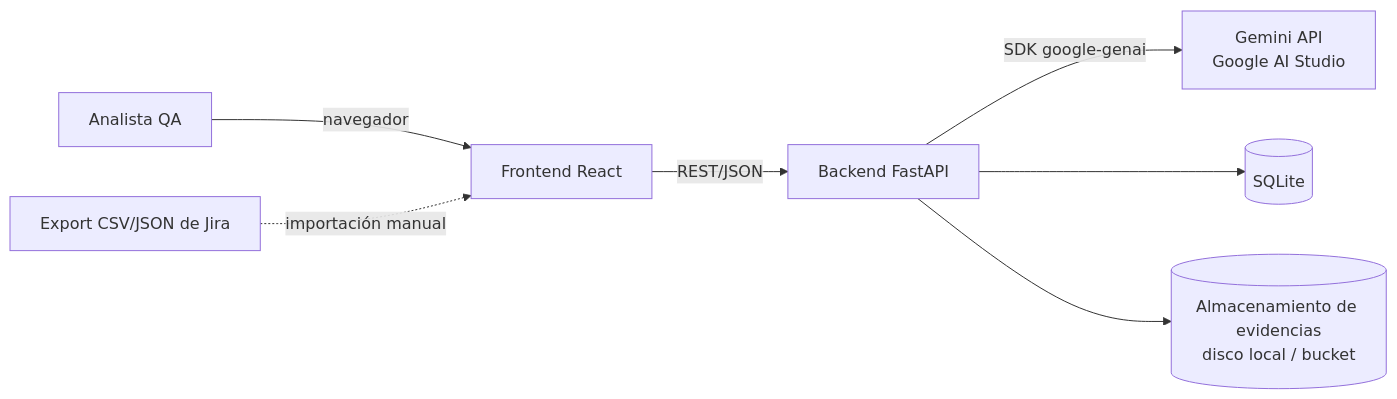
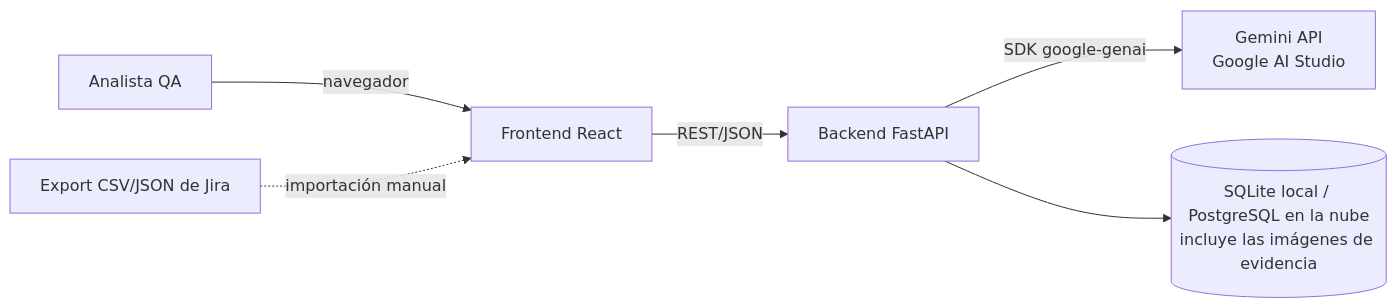
Before and after one commit to JuanSGarciaC/storylens-qa: the first of 3 diagrams in docs/03-arquitectura.md, drawn with Mermaid. The commit also changed other lines of this file and 37 other files, not shown here.

````diff
--- a/docs/03-arquitectura.md
+++ b/docs/03-arquitectura.md
@@ -13,9 +13,8 @@
 ```mermaid
 flowchart LR
     QA[Analista QA] -->|navegador| FE[Frontend React]
     FE -->|REST/JSON| BE[Backend FastAPI]
     BE -->|SDK google-genai| GEM[Gemini API<br/>Google AI Studio]
-    BE --> DB[(SQLite)]
-    BE --> FS[(Almacenamiento de evidencias<br/>disco local / bucket)]
+    BE --> DB[(SQLite local / PostgreSQL en la nube<br/>incluye las imágenes de evidencia)]
     JIRA[Export CSV/JSON de Jira] -.->|importación manual| FE
 ```
````
